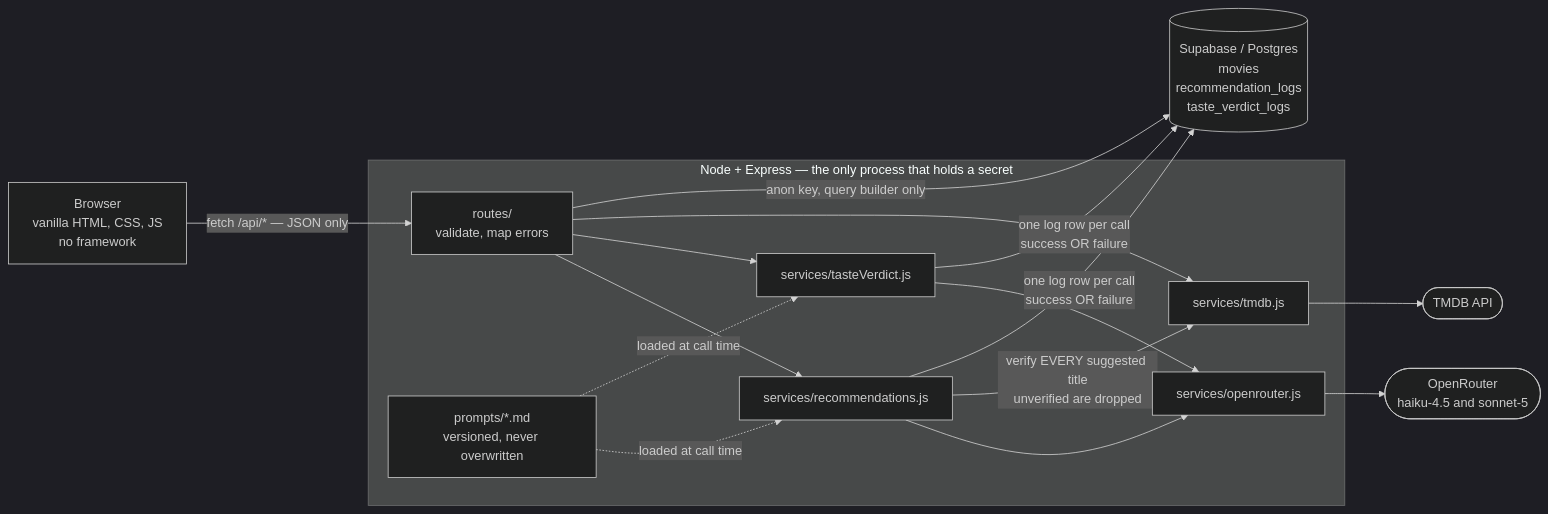
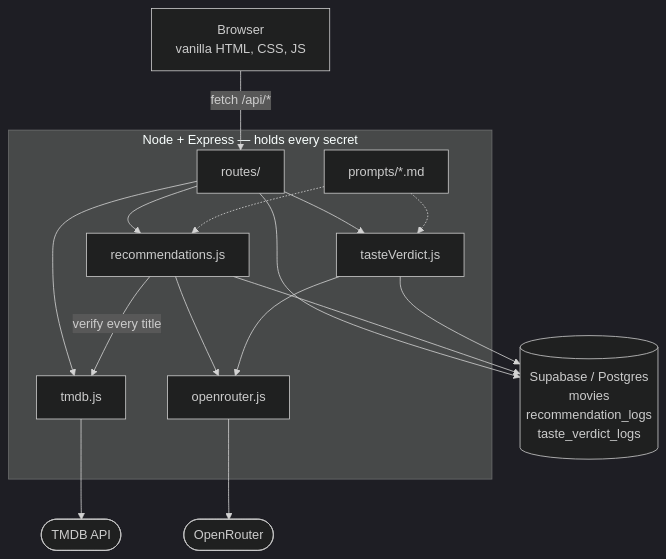
Before and after one commit to guycn1/cinerank-project: the diagram in README.md, drawn with Mermaid (dark theme). The commit also changed other lines of this file, not shown here.

First paragraph of the commit message:
docs(readme): declutter the architecture diagram -- fewer labels, layered top-down
The first version rendered correctly and read as spaghetti. Three faults, one
cause.

````diff
--- a/README.md
+++ b/README.md
@@ -35,32 +35,32 @@
 ```mermaid
-flowchart LR
-  B["Browser<br/>vanilla HTML, CSS, JS<br/>no framework"]
+flowchart TB
+  B["Browser<br/>vanilla HTML, CSS, JS"]
 
-  subgraph SRV["Node + Express — the only process that holds a secret"]
-    RT["routes/<br/>validate, map errors"]
-    REC["services/recommendations.js"]
-    TV["services/tasteVerdict.js"]
-    TMS["services/tmdb.js"]
-    ORS["services/openrouter.js"]
-    PR["prompts/*.md<br/>versioned, never overwritten"]
+  subgraph SRV["Node + Express — holds every secret"]
+    RT["routes/"]
+    REC["recommendations.js"]
+    TV["tasteVerdict.js"]
+    TMS["tmdb.js"]
+    ORS["openrouter.js"]
+    PR["prompts/*.md"]
   end
 
   DB[("Supabase / Postgres<br/>movies<br/>recommendation_logs<br/>taste_verdict_logs")]
   TAPI(["TMDB API"])
-  OAPI(["OpenRouter<br/>haiku-4.5 and sonnet-5"])
+  OAPI(["OpenRouter"])
 
-  B -->|"fetch /api/* — JSON only"| RT
+  B -->|"fetch /api/*"| RT
   RT --> REC
   RT --> TV
   RT --> TMS
+  PR -.-> REC
+  PR -.-> TV
+  REC -->|"verify every title"| TMS
   REC --> ORS
   TV --> ORS
+  RT --> DB
+  REC --> DB
+  TV --> DB
+  TMS --> TAPI
   ORS --> OAPI
-  TMS --> TAPI
-  PR -.->|"loaded at call time"| REC
-  PR -.->|"loaded at call time"| TV
-  REC -->|"verify EVERY suggested title<br/>unverified are dropped"| TMS
-  RT -->|"anon key, query builder only"| DB
-  REC -->|"one log row per call<br/>success OR failure"| DB
-  TV -->|"one log row per call<br/>success OR failure"| DB
 ```
````
